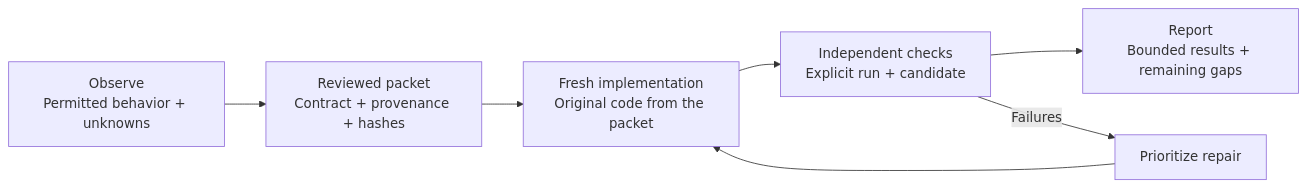
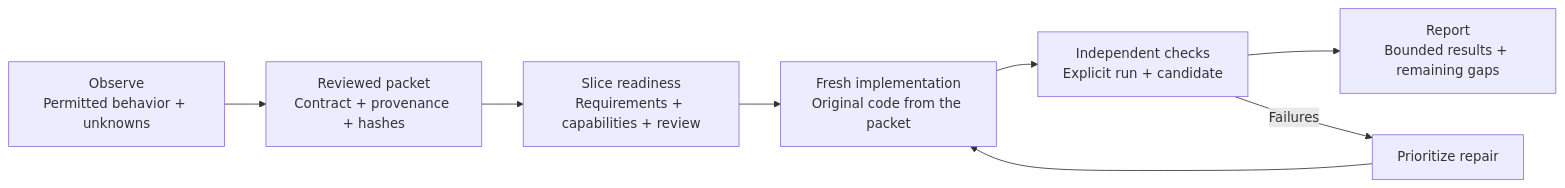
Before and after one commit to oabdelmaksoud/the-maid-clean-room-rebuild: the diagram in README.md, drawn with Mermaid. The commit also changed other lines of this file and 28 other files, not shown here.

Commit message:
Add implementation readiness gates and fidelity repair workflow

````diff
--- a/README.md
+++ b/README.md
@@ -26,9 +26,10 @@
 ```mermaid
 flowchart LR
     A["Observe<br/>Permitted behavior + unknowns"] --> B["Reviewed packet<br/>Contract + provenance + hashes"]
-    B --> C["Fresh implementation<br/>Original code from the packet"]
+    B --> R["Slice readiness<br/>Requirements + capabilities + review"]
+    R --> C["Fresh implementation<br/>Original code from the packet"]
     C --> D["Independent checks<br/>Explicit run + candidate"]
     D --> E["Report<br/>Bounded results + remaining gaps"]
     D -->|Failures| F["Prioritize repair"]
     F --> C
 ```
````
